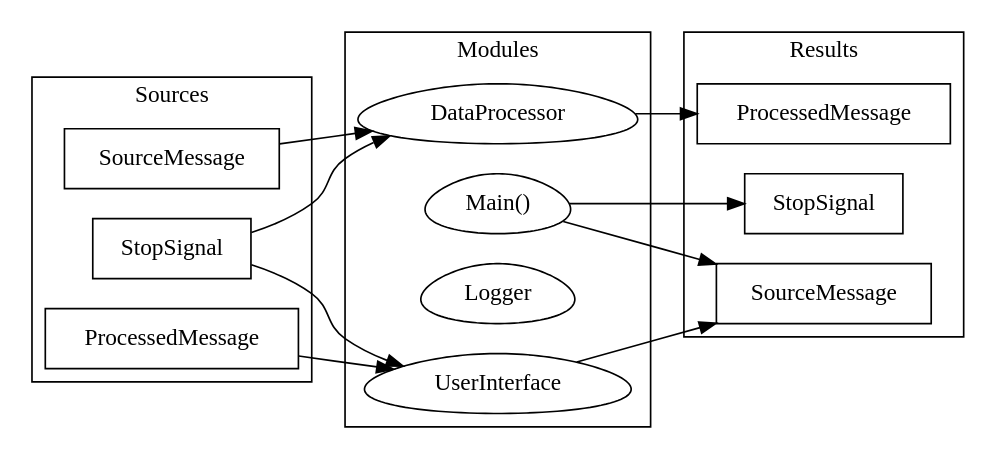
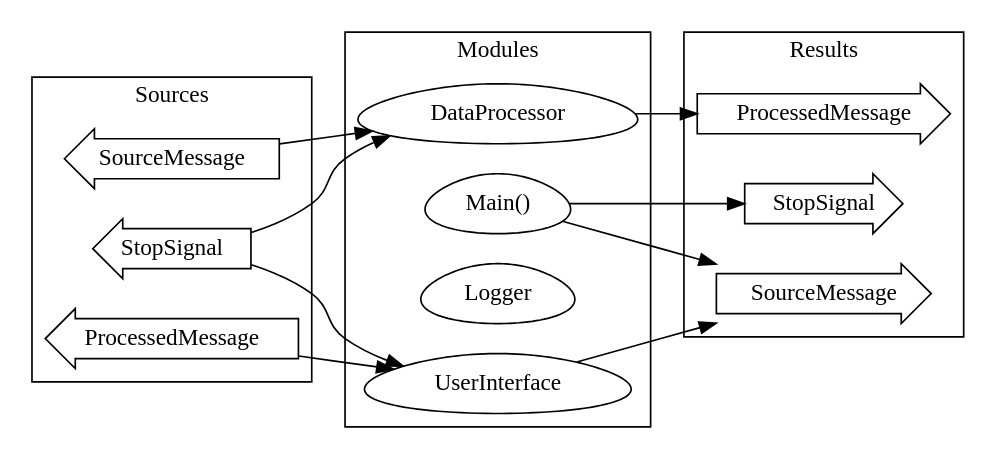
One commit to jerzydziewierz/cfabric changed the diagram in demo3_module_message_diagram.dot. Above: the diagram before and after it, drawn with Graphviz.

Commit message:
feat: Update node shapes in module message diagram

```diff
--- a/demo3_module_message_diagram.dot
+++ b/demo3_module_message_diagram.dot
@@ -1,46 +1,46 @@
 digraph Demo3Diagram {
     rankdir=LR;
     node [shape=box];
     
     subgraph cluster_input {
-        node [shape=box];
+        node [shape=larrow];
         label="Sources";
         rank=same;
         SM [label="SourceMessage"];
         SP [label="ProcessedMessage"];
         SS [label="StopSignal"];
     }
     
     subgraph cluster_modules {
         node [shape=egg];
         label="Modules";
         rank=same;
         DP [label="DataProcessor"];
         UI [label="UserInterface"];
         L [label="Logger"];
         MAM [label="Main()"];
     }
     
     subgraph cluster_output {
         label="Results";
         rank=same;
-        node [shape=box];
+        node [shape=rarrow];
         RSM [label="SourceMessage"];
         PM [label="ProcessedMessage"];
         RStop [label="StopSignal"];
     }
 
     // source to modules
     SM -> {DP};
     SP -> {UI};
 
     // module to results
 
     SS -> {UI;  DP};
     UI -> {RSM};
     DP -> {PM};
     MAM -> {RStop};
     MAM -> {RSM};
     
     {rank=same; }
 }
```
